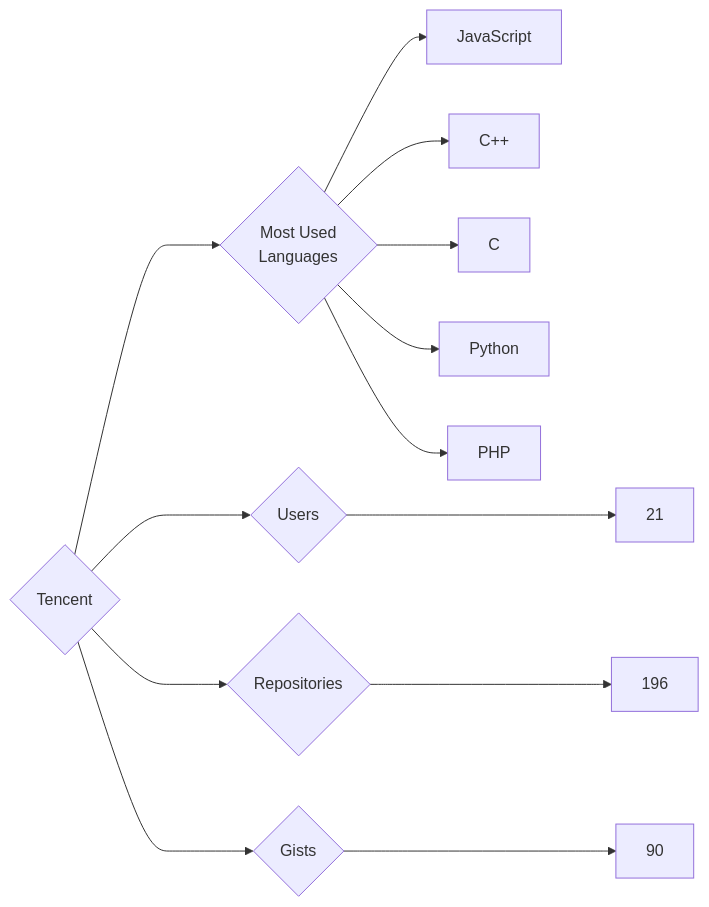
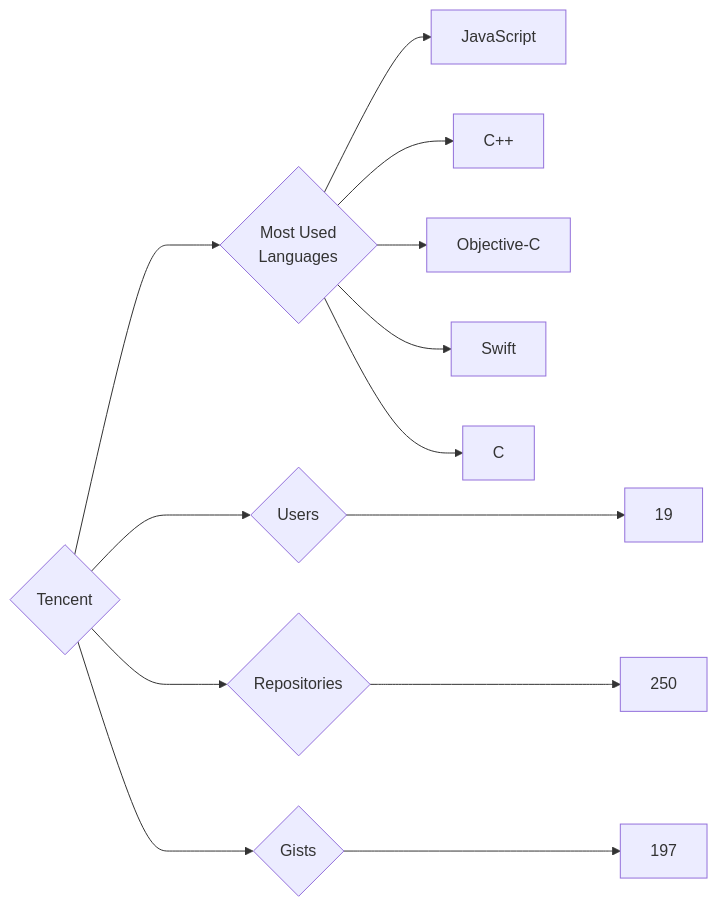
Before and after one commit to trickest/insiders: the diagram in targets/Tencent/README.md, drawn with Mermaid. The commit also changed 1508 other files, not shown here.

````diff
--- a/targets/Tencent/README.md
+++ b/targets/Tencent/README.md
@@ -3,13 +3,13 @@
 ```mermaid
 graph LR
 COMPANY_NAME{Tencent}
-COMPANY_NAME ---> U{Users} ---> UN[21]
-COMPANY_NAME ---> R{Repositories} ---> RN[196]
-COMPANY_NAME ---> G{Gists} ---> GN[90]
+COMPANY_NAME ---> U{Users} ---> UN[19]
+COMPANY_NAME ---> R{Repositories} ---> RN[250]
+COMPANY_NAME ---> G{Gists} ---> GN[197]
 COMPANY_NAME ---> ML{Most Used<br>Languages}
 ML --> JavaScript[JavaScript]
 ML --> C++[C++]
+ML --> Objective-C[Objective-C]
+ML --> Swift[Swift]
 ML --> C[C]
-ML --> Python[Python]
-ML --> PHP[PHP]
 ```
````
